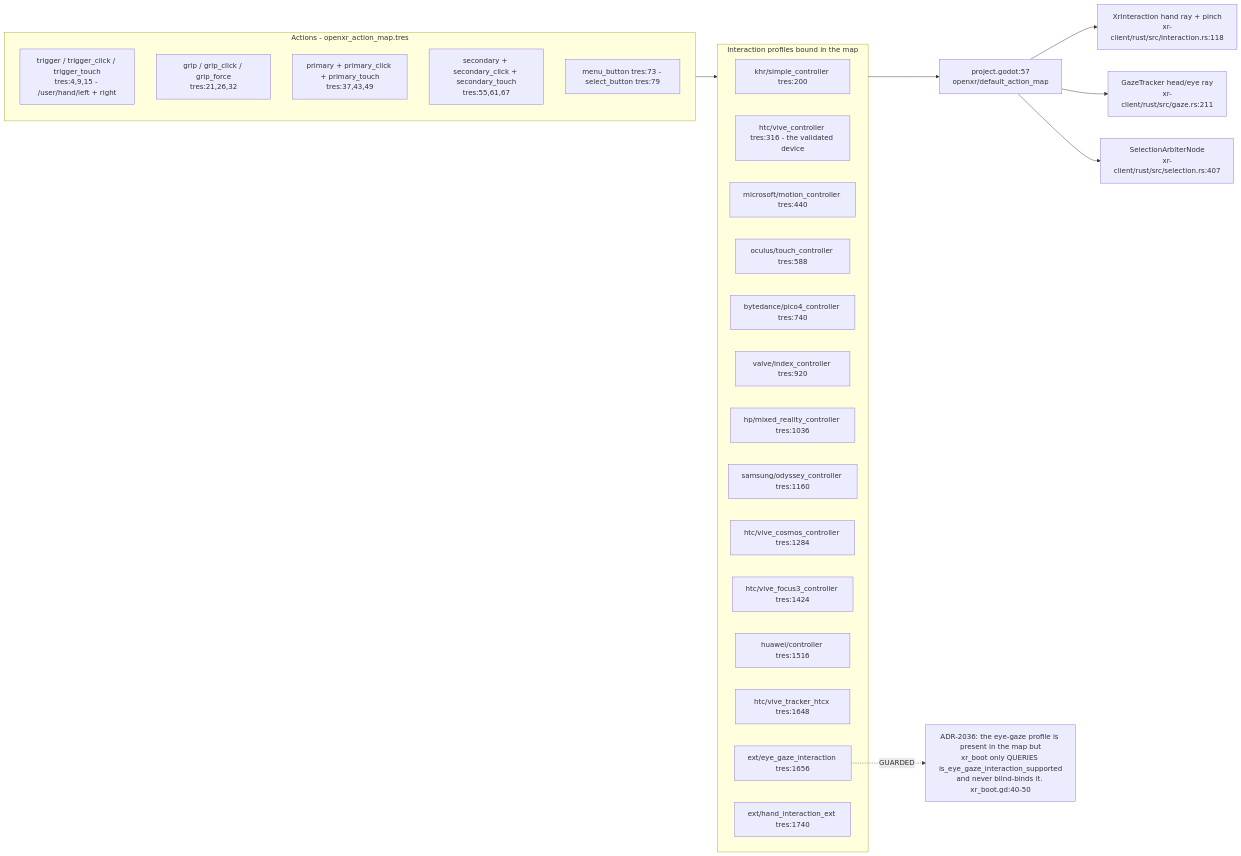
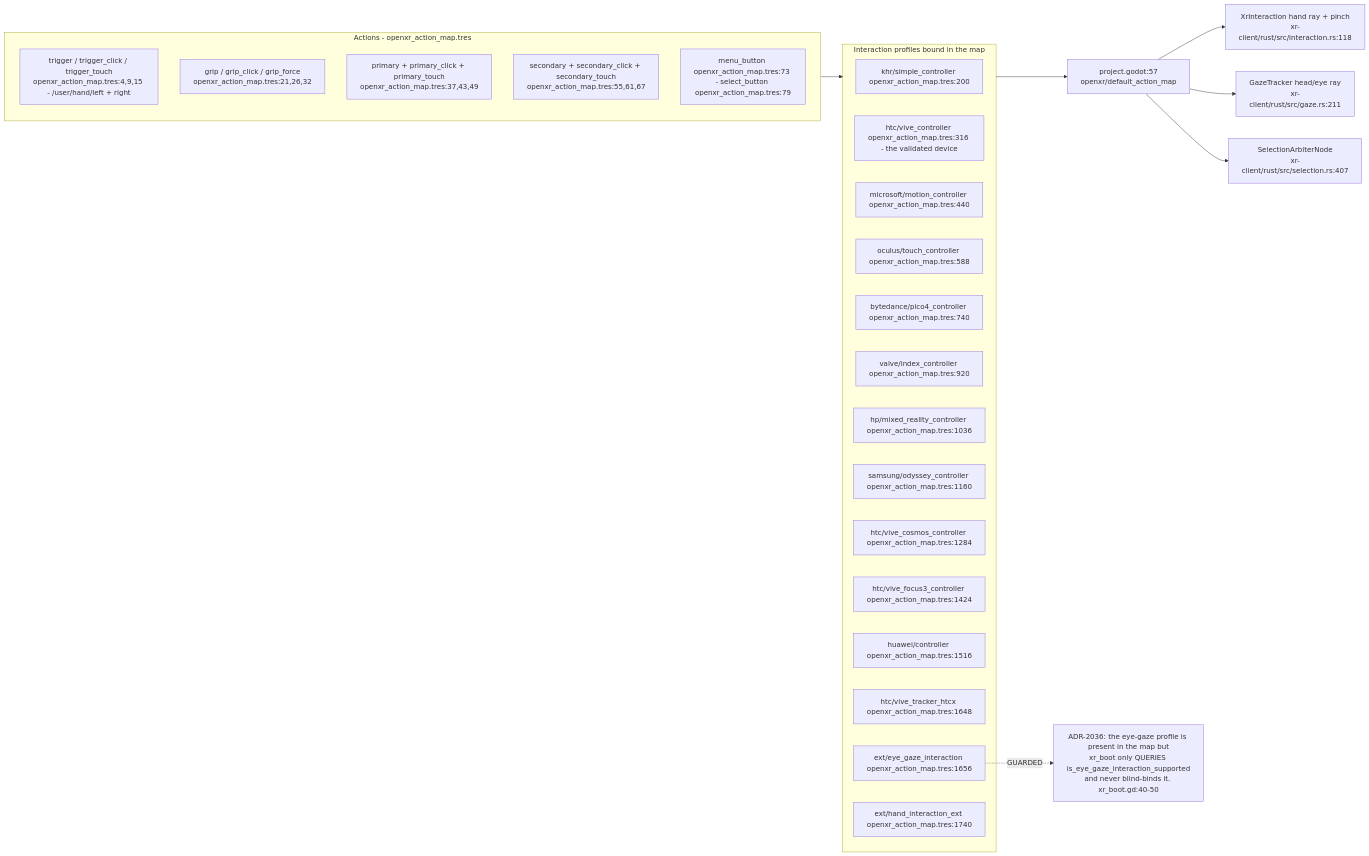
One commit to DreamLab-AI/VisionFlow changed diagram 14 of 19 in docs/diagrams/visionclaw/36-godot-xr-client.md. Above: the diagram before and after it, drawn with Mermaid. The commit also changed other lines of this file and 51 other files, not shown here.

First line of the commit message:
docs(diagrams): agentbox AB-01..13 re-attested anchor by anchor (980 anchors, 22 defects); checkpoint against an out-of-mesh writer

````diff
--- a/docs/diagrams/visionclaw/36-godot-xr-client.md
+++ b/docs/diagrams/visionclaw/36-godot-xr-client.md
@@ -657,32 +657,32 @@
 ```mermaid
 flowchart LR
     subgraph acts["Actions - openxr_action_map.tres"]
-        A1["trigger / trigger_click / trigger_touch<br/>tres:4,9,15 - /user/hand/left + right"]
-        A2["grip / grip_click / grip_force<br/>tres:21,26,32"]
-        A3["primary + primary_click + primary_touch<br/>tres:37,43,49"]
-        A4["secondary + secondary_click + secondary_touch<br/>tres:55,61,67"]
-        A5["menu_button tres:73 - select_button tres:79"]
+        A1["trigger / trigger_click / trigger_touch<br/>openxr_action_map.tres:4,9,15 - /user/hand/left + right"]
+        A2["grip / grip_click / grip_force<br/>openxr_action_map.tres:21,26,32"]
+        A3["primary + primary_click + primary_touch<br/>openxr_action_map.tres:37,43,49"]
+        A4["secondary + secondary_click + secondary_touch<br/>openxr_action_map.tres:55,61,67"]
+        A5["menu_button openxr_action_map.tres:73 - select_button openxr_action_map.tres:79"]
     end
     subgraph prof["Interaction profiles bound in the map"]
-        P1["khr/simple_controller tres:200"]
-        P2["htc/vive_controller tres:316 - the validated device"]
-        P3["microsoft/motion_controller tres:440"]
-        P4["oculus/touch_controller tres:588"]
-        P5["bytedance/pico4_controller tres:740"]
-        P6["valve/index_controller tres:920"]
-        P7["hp/mixed_reality_controller tres:1036"]
-        P8["samsung/odyssey_controller tres:1160"]
-        P9["htc/vive_cosmos_controller tres:1284"]
-        P10["htc/vive_focus3_controller tres:1424"]
-        P11["huawei/controller tres:1516"]
-        P12["htc/vive_tracker_htcx tres:1648"]
-        P13["ext/eye_gaze_interaction tres:1656"]
-        P14["ext/hand_interaction_ext tres:1740"]
+        P1["khr/simple_controller openxr_action_map.tres:200"]
+        P2["htc/vive_controller openxr_action_map.tres:316 - the validated device"]
+        P3["microsoft/motion_controller openxr_action_map.tres:440"]
+        P4["oculus/touch_controller openxr_action_map.tres:588"]
+        P5["bytedance/pico4_controller openxr_action_map.tres:740"]
+        P6["valve/index_controller openxr_action_map.tres:920"]
+        P7["hp/mixed_reality_controller openxr_action_map.tres:1036"]
+        P8["samsung/odyssey_controller openxr_action_map.tres:1160"]
+        P9["htc/vive_cosmos_controller openxr_action_map.tres:1284"]
+        P10["htc/vive_focus3_controller openxr_action_map.tres:1424"]
+        P11["huawei/controller openxr_action_map.tres:1516"]
+        P12["htc/vive_tracker_htcx openxr_action_map.tres:1648"]
+        P13["ext/eye_gaze_interaction openxr_action_map.tres:1656"]
+        P14["ext/hand_interaction_ext openxr_action_map.tres:1740"]
     end
     acts --> prof
     prof --> XI["project.godot:57<br/>openxr/default_action_map"]
     P13 -. "GUARDED" .-> EG["ADR-2036: the eye-gaze profile is present in the map but<br/>xr_boot only QUERIES is_eye_gaze_interaction_supported<br/>and never blind-binds it. xr_boot.gd:40-50"]
     XI --> XR["XrInteraction hand ray + pinch<br/>xr-client/rust/src/interaction.rs:118"]
     XI --> GZ["GazeTracker head/eye ray<br/>xr-client/rust/src/gaze.rs:211"]
     XI --> SA["SelectionArbiterNode<br/>xr-client/rust/src/selection.rs:407"]
 ```
````
